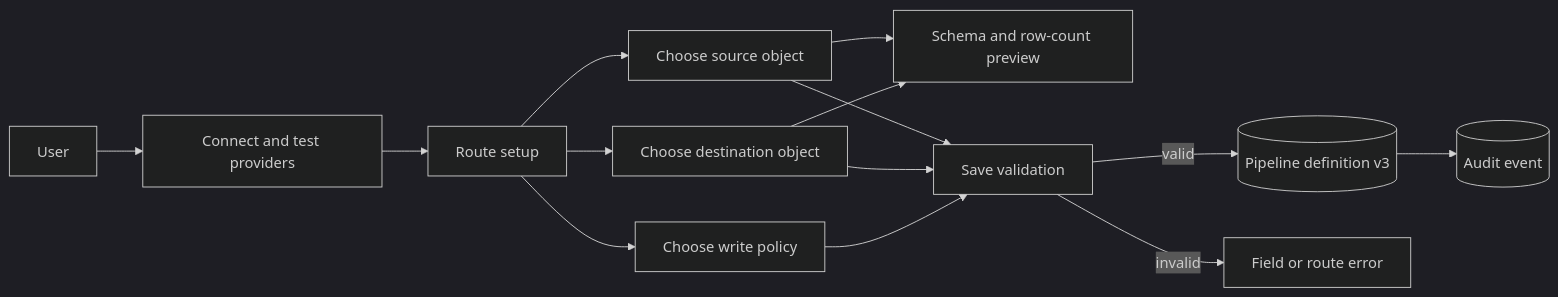
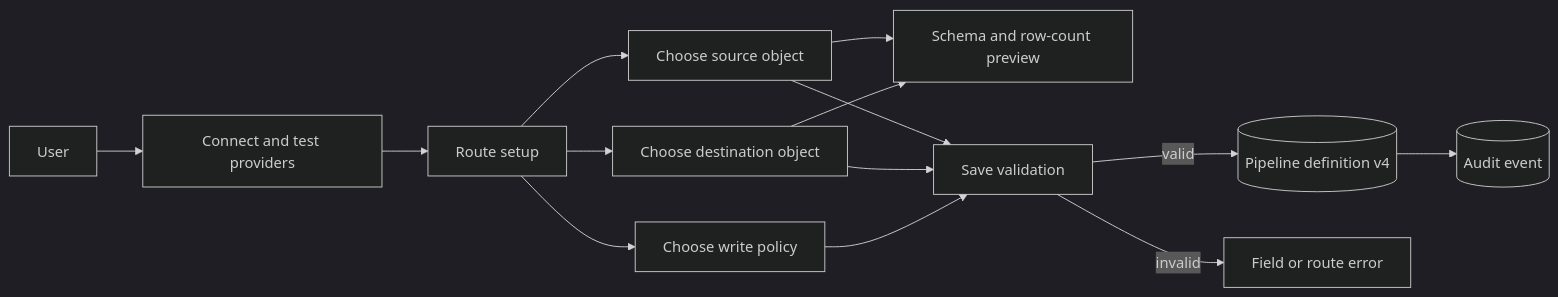
Before and after one commit to eddiethedean/user-token-management-app: the second of 6 diagrams in docs/data-pipelines.md, drawn with Mermaid (dark theme). The commit also changed other lines of this file and 71 other files, not shown here.

````diff
--- a/docs/data-pipelines.md
+++ b/docs/data-pipelines.md
@@ -132,16 +135,16 @@
 ```mermaid
 flowchart LR
     U[User] --> C[Connect and test providers]
     C --> B[Route setup]
     B --> S[Choose source object]
     B --> D[Choose destination object]
     B --> W[Choose write policy]
     S --> P[Schema and row-count preview]
     D --> P
     S --> V[Save validation]
     D --> V
     W --> V
-    V -->|valid| PD[(Pipeline definition v3)]
+    V -->|valid| PD[(Pipeline definition v4)]
     V -->|invalid| E[Field or route error]
     PD --> A[(Audit event)]
 ```
````
